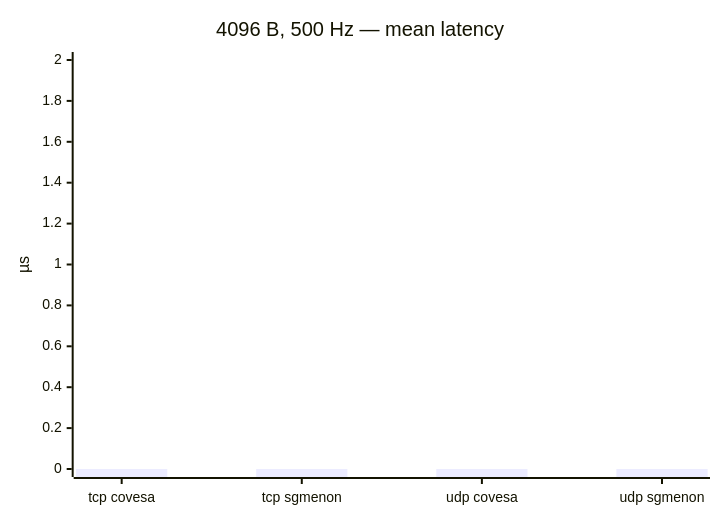
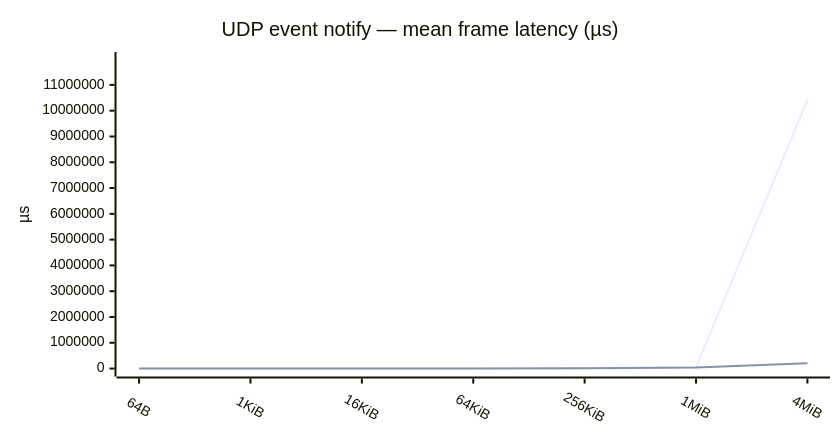
One commit to sgmenon/middleware-comparison changed the diagram in vsomeip/results-snapshot.md. Above: the diagram before and after it, drawn with Mermaid. The commit also changed other lines of this file and 20 other files, not shown here.

````diff
--- a/vsomeip/results-snapshot.md
+++ b/vsomeip/results-snapshot.md
@@ -35,7 +31,17 @@
 ```mermaid
+---
+config:
+  xyChart:
+    width: 820
+    height: 420
+    showLegend: true
+    xAxis:
+      labelRotation: 30
+---
 xychart-beta
-    title "4096 B, 500 Hz — mean latency"
-    x-axis ["tcp covesa", "tcp sgmenon", "udp covesa", "udp sgmenon"]
-    y-axis "µs" 0 --> 2
-    bar [0, 0, 0, 0]
+    title "UDP event notify — mean frame latency (µs)"
+    x-axis [64B, 1KiB, 16KiB, 64KiB, 256KiB, 1MiB, 4MiB]
+    y-axis "µs" 0 --> 11965794
+    line "covesa" [5765.993, 5530.997, 5928.795, 7313.089, 13686.519, 49624.208, 10405036.837]
+    line "sgmenon" [5214.468, 5210.828, 5646.122, 7275.640, 12594.125, 40283.676, 205757.025]
 ```
````
